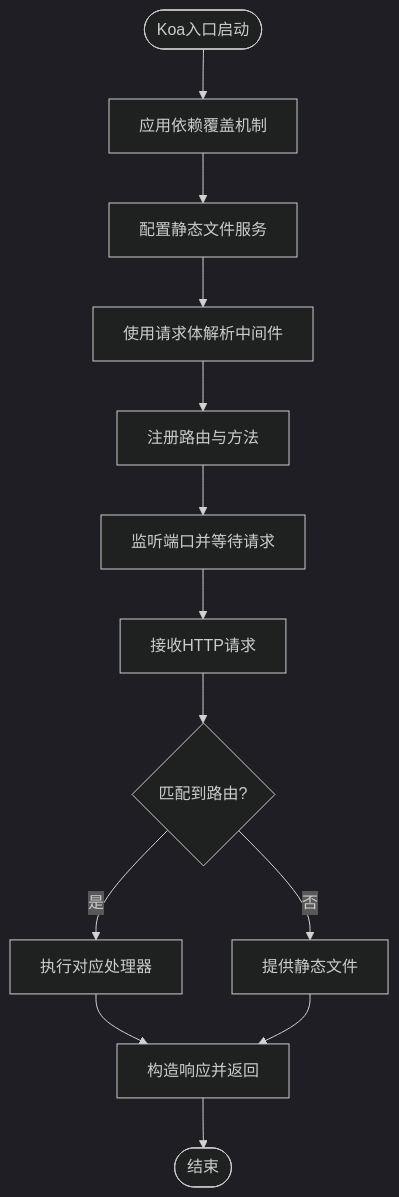
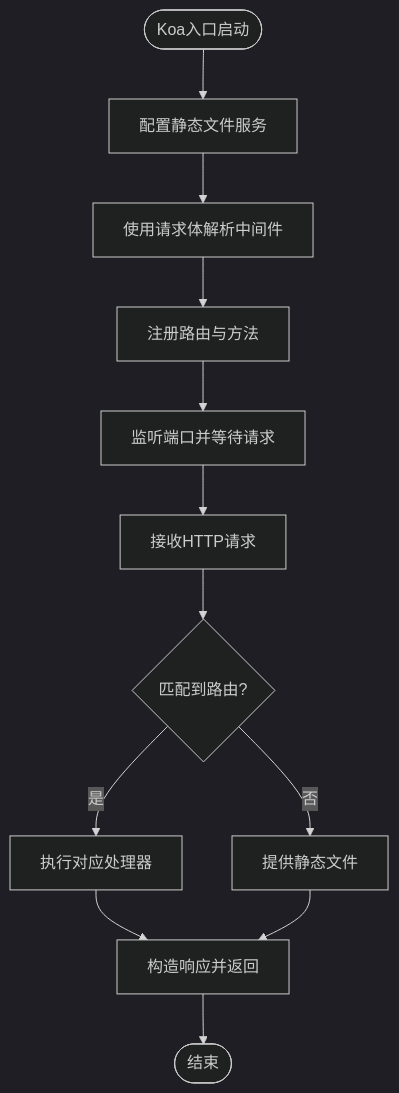
Before and after one commit to esa-sp/test-for-aone-ci: the third of 7 diagrams in .qoder/repowiki/zh/content/后端框架测试/Koa、Hono、NestJS框架测试.md, drawn with Mermaid (dark theme). The commit also changed other lines of this file and 39 other files, not shown here.

````diff
--- a/.qoder/repowiki/zh/content/后端框架测试/Koa、Hono、NestJS框架测试.md
+++ b/.qoder/repowiki/zh/content/后端框架测试/Koa、Hono、NestJS框架测试.md
@@ -225,15 +228,14 @@
 ```mermaid
 flowchart TD
-Start(["Koa入口启动"]) --> SetupOverrides["应用依赖覆盖机制"]
-SetupOverrides --> SetupStatic["配置静态文件服务"]
+Start(["Koa入口启动"]) --> SetupStatic["配置静态文件服务"]
 SetupStatic --> UseBodyParser["使用请求体解析中间件"]
 UseBodyParser --> UseRouter["注册路由与方法"]
 UseRouter --> Listen["监听端口并等待请求"]
 Listen --> Request["接收HTTP请求"]
 Request --> RouteMatch{"匹配到路由?"}
 RouteMatch --> |是| Handler["执行对应处理器"]
 RouteMatch --> |否| StaticServe["提供静态文件"]
 Handler --> Respond["构造响应并返回"]
 StaticServe --> Respond
 Respond --> End(["结束"])
 ```
````
